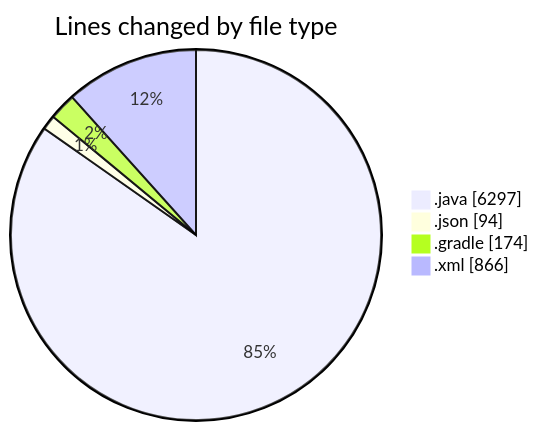
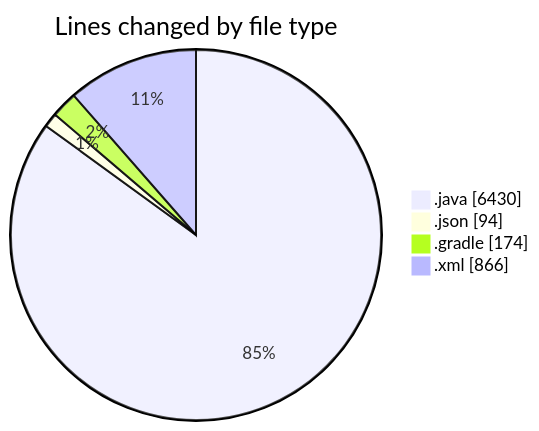
The first of 2 diagrams in 2025-02-22/micros/README.md (charlie-sans/code-tracking), drawn with Mermaid before and after one commit. The commit also changed other lines of this file and 1 other file, not shown here.

````diff
--- a/2025-02-22/micros/README.md
+++ b/2025-02-22/micros/README.md
@@ -62,8 +63,8 @@
 ```mermaid
 pie showData
 title Lines changed by file type
-".java" : 6297
+".java" : 6430
 ".json" : 94
 ".gradle" : 174
 ".xml" : 866
 ```
````
